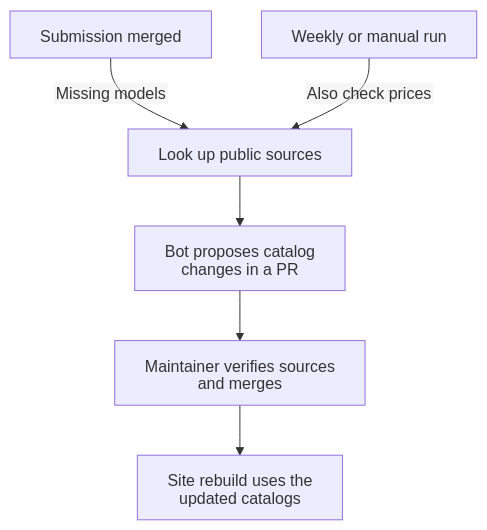
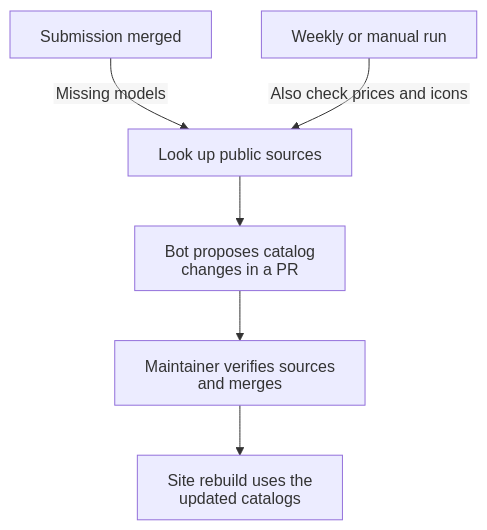
Before and after one commit to sands-lab/nika-leaderboard: the diagram in README.md, drawn with Mermaid. The commit also changed other lines of this file and 40 other files, not shown here.

````diff
--- a/README.md
+++ b/README.md
@@ -38,9 +38,9 @@
 ```mermaid
 %%{init: {"htmlLabels": false, "flowchart": {"htmlLabels": false}}}%%
 flowchart TD
     New["Submission merged"] -->|Missing models| Resolve["Look up public sources"]
-    Scheduled["Weekly or manual run"] -->|Also check prices| Resolve
+    Scheduled["Weekly or manual run"] -->|Also check prices and icons| Resolve
     Resolve --> Proposal["Bot proposes catalog changes in a PR"]
     Proposal --> Review["Maintainer verifies sources and merges"]
     Review --> Site["Site rebuild uses the updated catalogs"]
 ```
````
